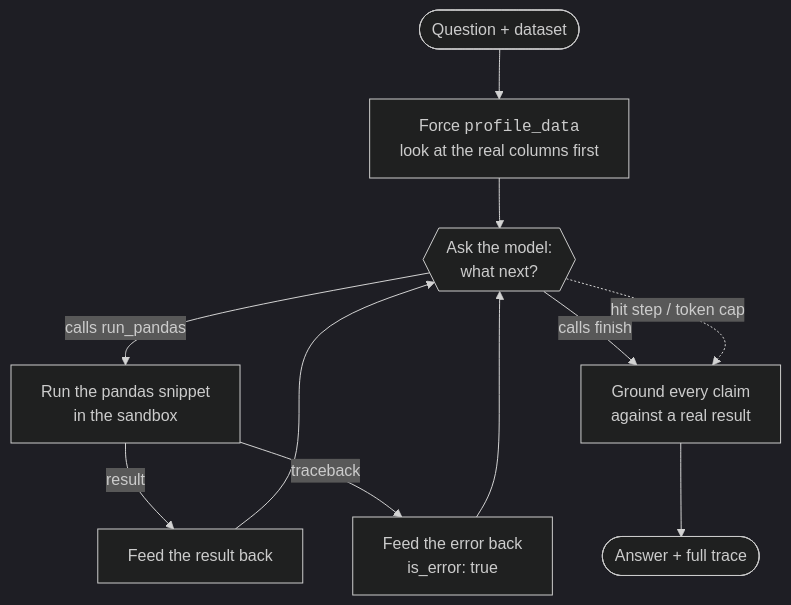
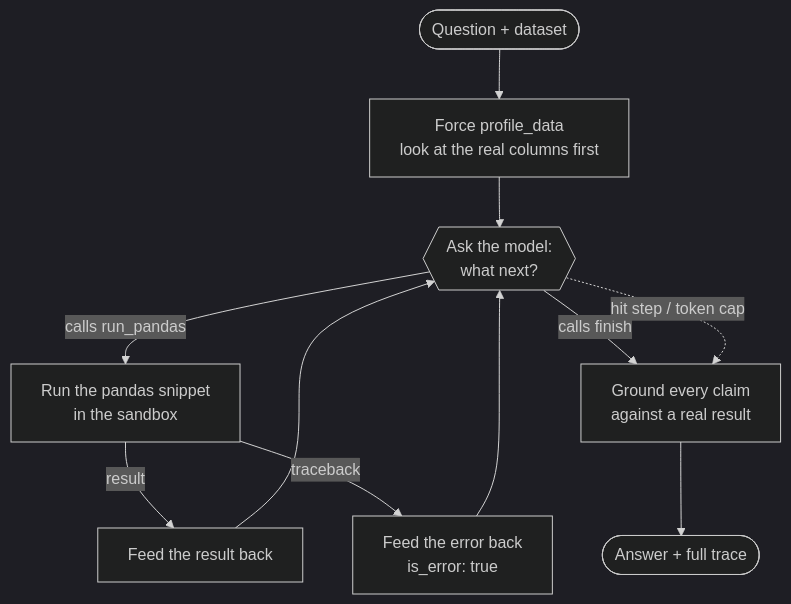
The first of 2 diagrams in README.md (nate-bowers/data-investigator-agent), drawn with Mermaid (dark theme) before and after one commit.

Commit message:
README: plain node label so the Mermaid loop diagram renders on GitHub

````diff
--- a/README.md
+++ b/README.md
@@ -30,13 +30,13 @@
 ```mermaid
 flowchart TD
-    Q([Question + dataset]) --> P[Force <code>profile_data</code><br/>look at the real columns first]
+    Q([Question + dataset]) --> P[Force profile_data<br/>look at the real columns first]
     P --> M{{Ask the model:<br/>what next?}}
     M -->|calls run_pandas| R[Run the pandas snippet<br/>in the sandbox]
     R -->|result| FB[Feed the result back]
     R -->|traceback| ER[Feed the error back<br/>is_error: true]
     ER --> M
     FB --> M
     M -->|calls finish| G[Ground every claim<br/>against a real result]
     G --> ANS([Answer + full trace])
     M -.->|hit step / token cap| G
 ```
````
